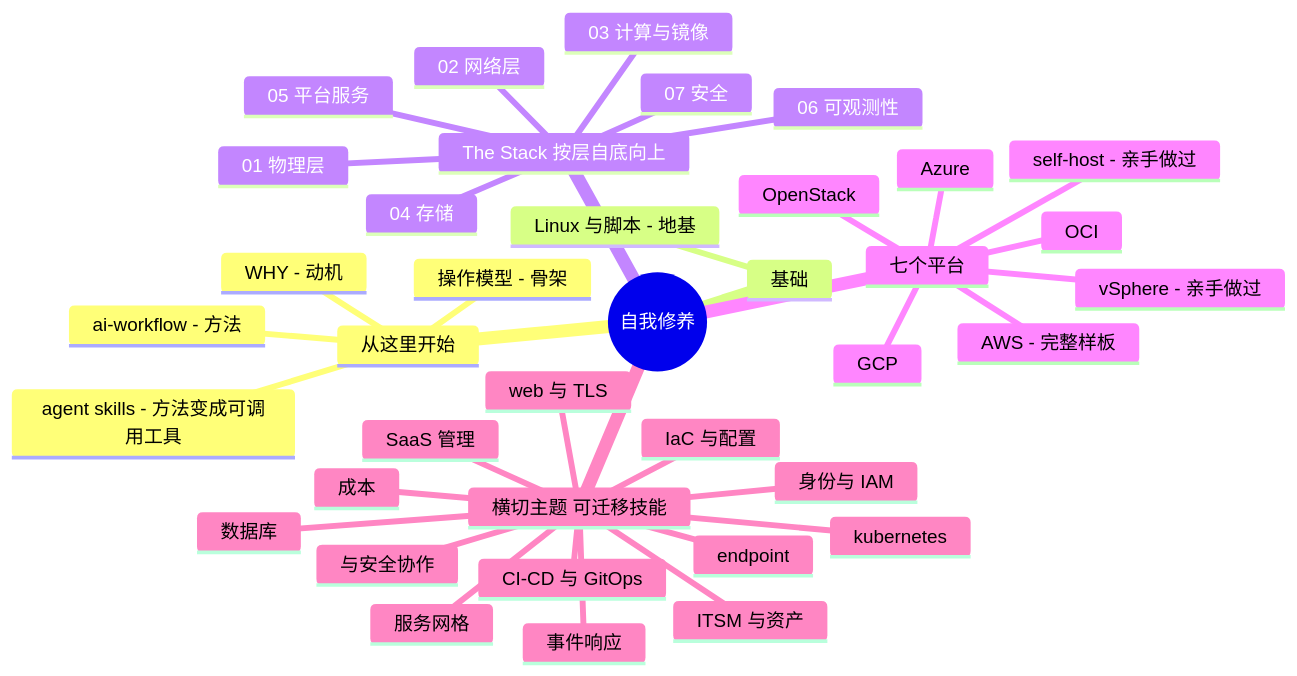
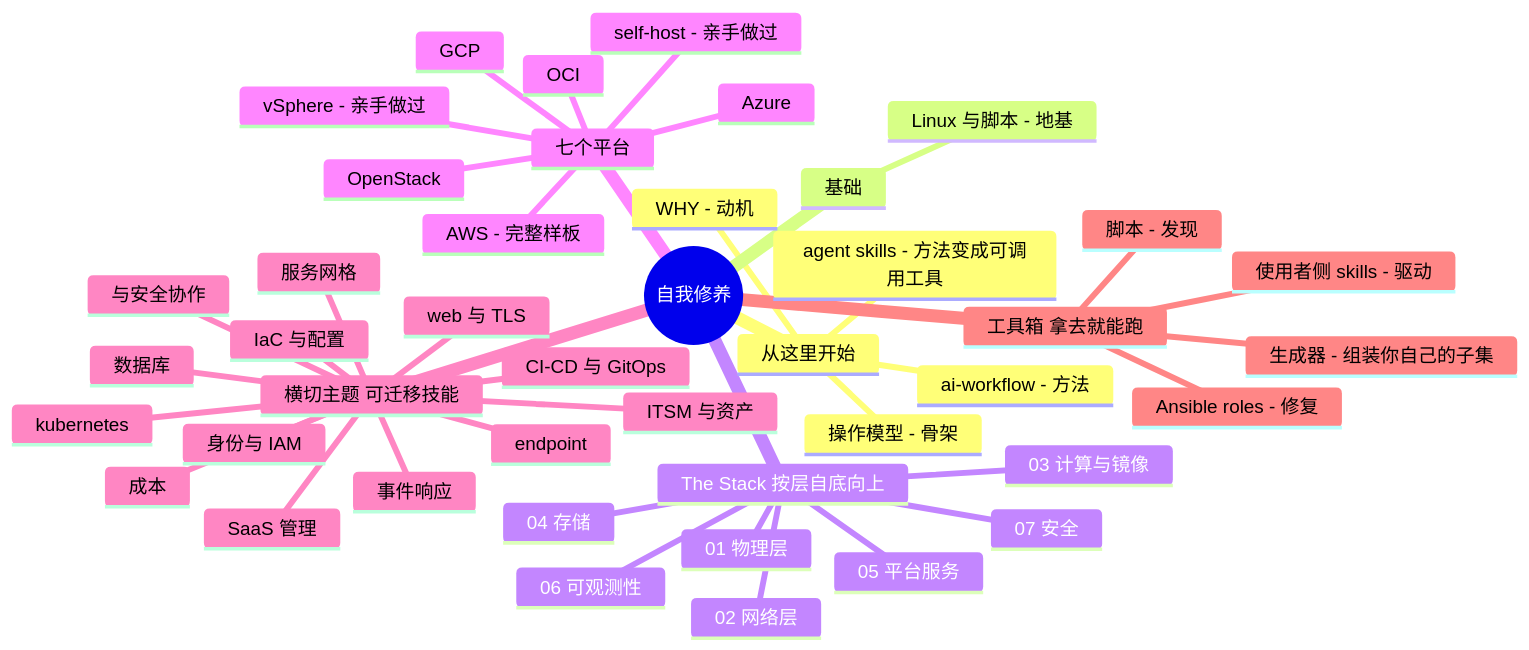
The second of 2 diagrams in docs/zh/README.md (vicenteliu/sysadmin-self-cultivation), drawn with Mermaid before and after one commit. The commit also changed other lines of this file and 1 other file, not shown here.

````diff
--- a/docs/zh/README.md
+++ b/docs/zh/README.md
@@ -35,41 +35,46 @@
 ```mermaid
 mindmap
   root((自我修养))
     从这里开始
       WHY - 动机
       操作模型 - 骨架
       ai-workflow - 方法
       agent skills - 方法变成可调用工具
     基础
       Linux 与脚本 - 地基
     The Stack 按层自底向上
       01 物理层
       02 网络层
       03 计算与镜像
       04 存储
       05 平台服务
       06 可观测性
       07 安全
     七个平台
       AWS - 完整样板
       Azure
       GCP
       OCI
       vSphere - 亲手做过
       OpenStack
       self-host - 亲手做过
     横切主题 可迁移技能
       身份与 IAM
       IaC 与配置
       CI-CD 与 GitOps
       数据库
       ITSM 与资产
       web 与 TLS
       服务网格
       事件响应
       与安全协作
       SaaS 管理
       kubernetes
       成本
       endpoint
+    工具箱 拿去就能跑
+      脚本 - 发现
+      Ansible roles - 修复
+      使用者侧 skills - 驱动
+      生成器 - 组装你自己的子集
 ```
````
